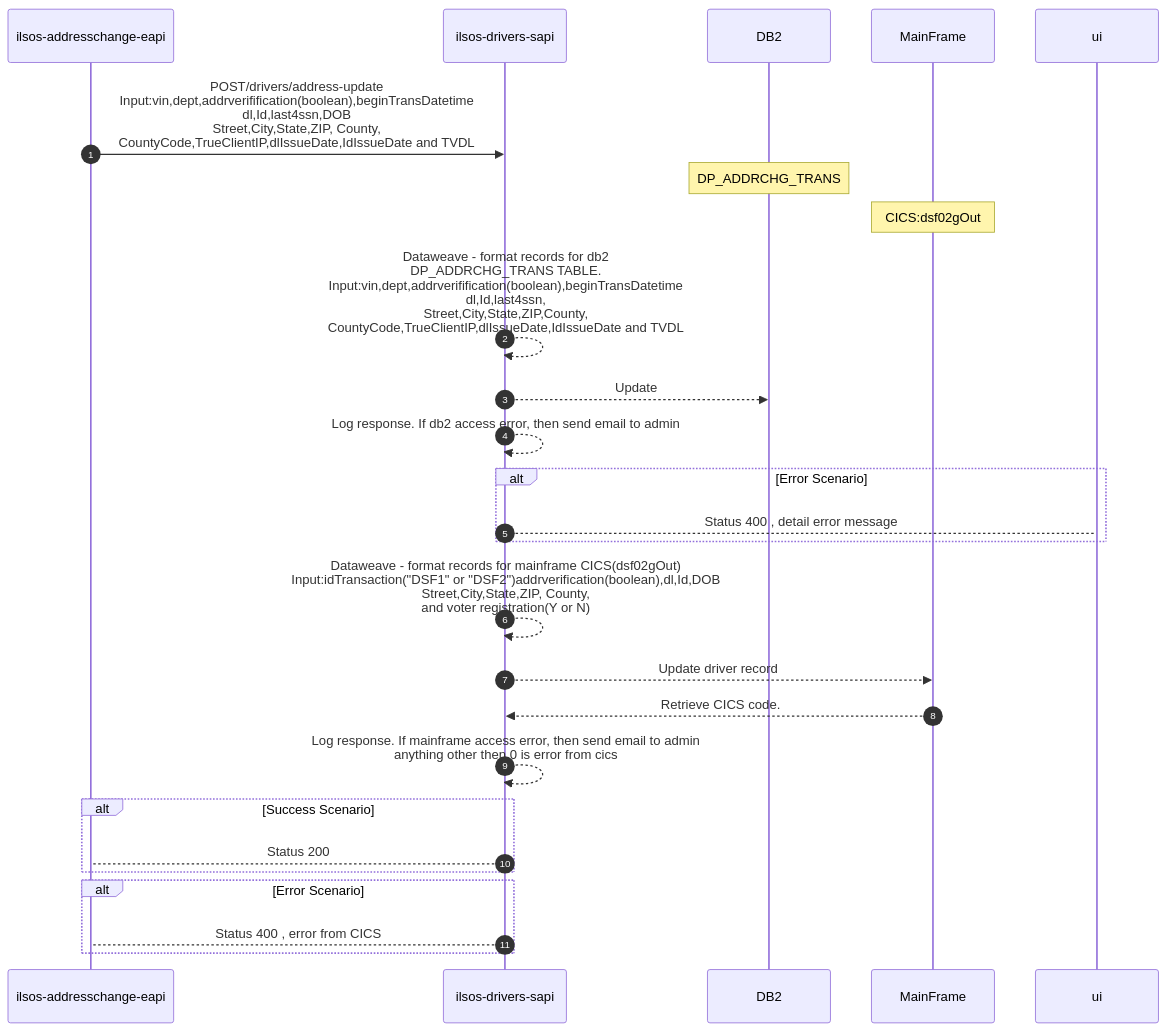
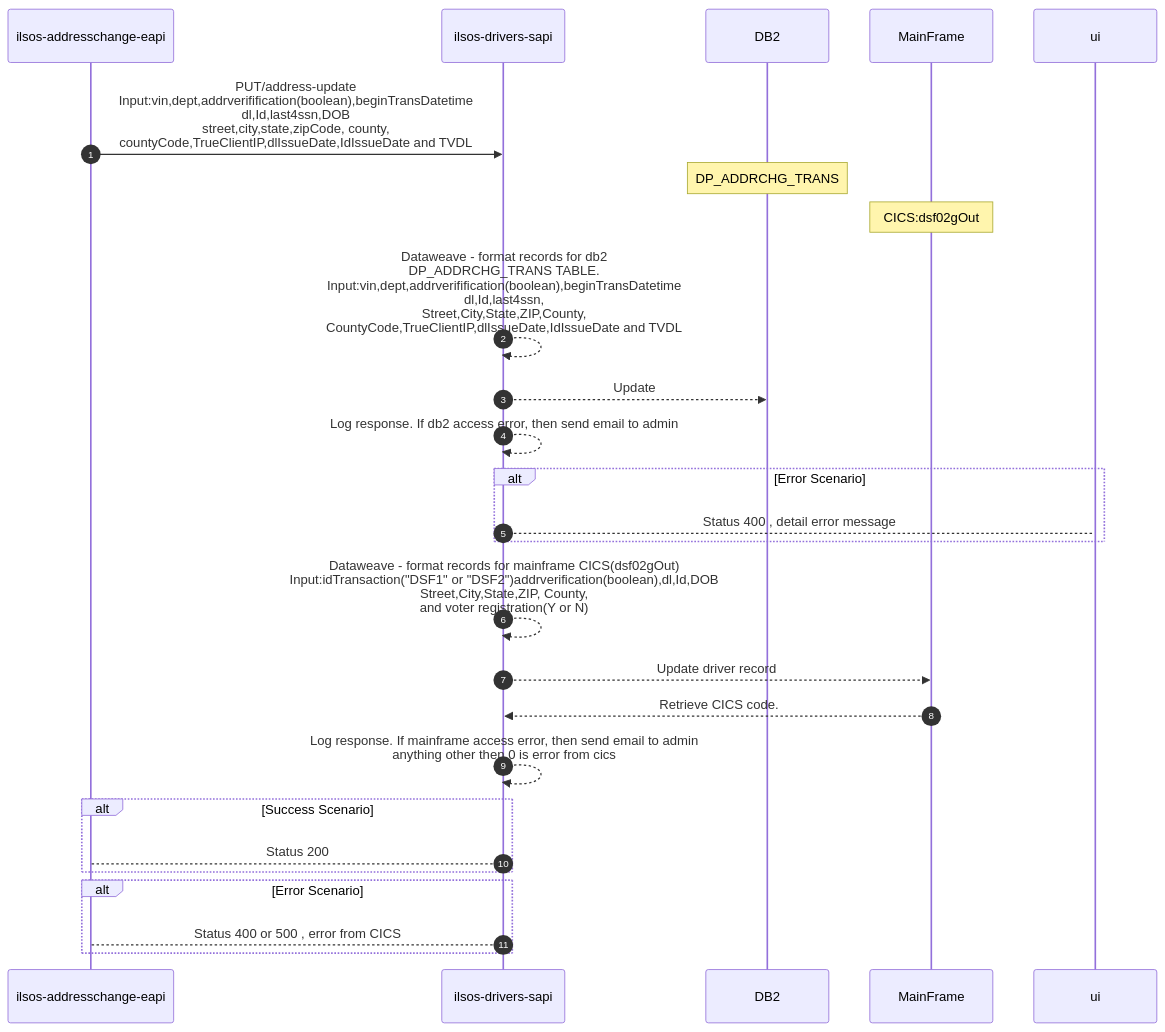
Before and after one commit to acme-devs/ilsos-drivers-sapi: the first of 2 diagrams in README.md, drawn with Mermaid. The commit also changed other lines of this file, not shown here.

````diff
--- a/README.md
+++ b/README.md
@@ -31,29 +31,29 @@
 ```mermaid
 sequenceDiagram
     autonumber
     participant eapi as ilsos-addresschange-eapi
     participant api as ilsos-drivers-sapi
     participant db2 as DB2
     participant mainframe as MainFrame
 
-    eapi->>api:POST/drivers/address-update <br>Input:vin,dept,addrverifification(boolean),beginTransDatetime<br>dl,Id,last4ssn,DOB<br>Street,City,State,ZIP, County,<br>CountyCode,TrueClientIP,dlIssueDate,IdIssueDate and TVDL
+    eapi->>api:PUT/address-update <br>Input:vin,dept,addrverifification(boolean),beginTransDatetime<br>dl,Id,last4ssn,DOB<br>street,city,state,zipCode, county,<br>countyCode,TrueClientIP,dlIssueDate,IdIssueDate and TVDL
 
     note over db2:DP_ADDRCHG_TRANS
     note over mainframe:CICS:dsf02gOut
     api-->>api:Dataweave - format records for db2<BR> DP_ADDRCHG_TRANS TABLE.<br>Input:vin,dept,addrverifification(boolean),beginTransDatetime<br>dl,Id,last4ssn,<br>Street,City,State,ZIP,County,<br>CountyCode,TrueClientIP,dlIssueDate,IdIssueDate and TVDL
     api-->>db2:Update
     api-->>api:Log response. If db2 access error, then send email to admin
     alt Error Scenario 
         api-->ui: Status 400 , detail error message
     end
     api-->>api:Dataweave - format records for mainframe CICS(dsf02gOut)<br> Input:idTransaction("DSF1" or "DSF2")addrverification(boolean),dl,Id,DOB<br>Street,City,State,ZIP, County,<br>and voter registration(Y or N)
     api-->>mainframe:Update driver record
     mainframe-->>api:Retrieve CICS code.
     api-->>api:Log response. If mainframe access error, then send email to admin<br>anything other then 0 is error from cics
     alt Success Scenario 
         api-->eapi: Status 200 
     end
     alt Error Scenario 
-        api-->eapi: Status 400 , error from CICS
+        api-->eapi: Status 400 or 500 , error from CICS
     end
   ```
````
